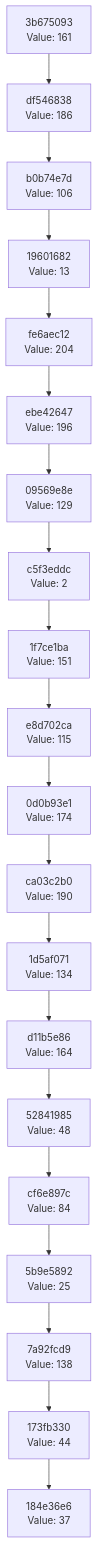
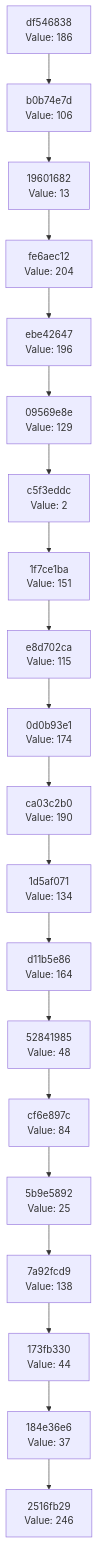
One commit to Abhisheksinha1506/hash-chain-evolver changed the diagram in docs/CHAIN_VISUALIZATION.md. Above: the diagram before and after it, drawn with Mermaid. The commit also changed 3 other files, not shown here.

````diff
--- a/docs/CHAIN_VISUALIZATION.md
+++ b/docs/CHAIN_VISUALIZATION.md
@@ -3,42 +3,42 @@
 ```mermaid
 graph TD
-    C0["184e36e6<br/>Value: 37"]
-    C1["173fb330<br/>Value: 44"]
+    C0["2516fb29<br/>Value: 246"]
+    C1["184e36e6<br/>Value: 37"]
     C1 --> C0
-    C2["7a92fcd9<br/>Value: 138"]
+    C2["173fb330<br/>Value: 44"]
     C2 --> C1
-    C3["5b9e5892<br/>Value: 25"]
+    C3["7a92fcd9<br/>Value: 138"]
     C3 --> C2
-    C4["cf6e897c<br/>Value: 84"]
+    C4["5b9e5892<br/>Value: 25"]
     C4 --> C3
-    C5["52841985<br/>Value: 48"]
+    C5["cf6e897c<br/>Value: 84"]
     C5 --> C4
-    C6["d11b5e86<br/>Value: 164"]
+    C6["52841985<br/>Value: 48"]
     C6 --> C5
-    C7["1d5af071<br/>Value: 134"]
+    C7["d11b5e86<br/>Value: 164"]
     C7 --> C6
-    C8["ca03c2b0<br/>Value: 190"]
+    C8["1d5af071<br/>Value: 134"]
     C8 --> C7
-    C9["0d0b93e1<br/>Value: 174"]
+    C9["ca03c2b0<br/>Value: 190"]
     C9 --> C8
-    C10["e8d702ca<br/>Value: 115"]
+    C10["0d0b93e1<br/>Value: 174"]
     C10 --> C9
-    C11["1f7ce1ba<br/>Value: 151"]
+    C11["e8d702ca<br/>Value: 115"]
     C11 --> C10
-    C12["c5f3eddc<br/>Value: 2"]
+    C12["1f7ce1ba<br/>Value: 151"]
     C12 --> C11
-    C13["09569e8e<br/>Value: 129"]
+    C13["c5f3eddc<br/>Value: 2"]
     C13 --> C12
-    C14["ebe42647<br/>Value: 196"]
+    C14["09569e8e<br/>Value: 129"]
     C14 --> C13
-    C15["fe6aec12<br/>Value: 204"]
+    C15["ebe42647<br/>Value: 196"]
     C15 --> C14
-    C16["19601682<br/>Value: 13"]
+    C16["fe6aec12<br/>Value: 204"]
     C16 --> C15
-    C17["b0b74e7d<br/>Value: 106"]
+    C17["19601682<br/>Value: 13"]
     C17 --> C16
-    C18["df546838<br/>Value: 186"]
+    C18["b0b74e7d<br/>Value: 106"]
     C18 --> C17
-    C19["3b675093<br/>Value: 161"]
+    C19["df546838<br/>Value: 186"]
     C19 --> C18
 ```
````
